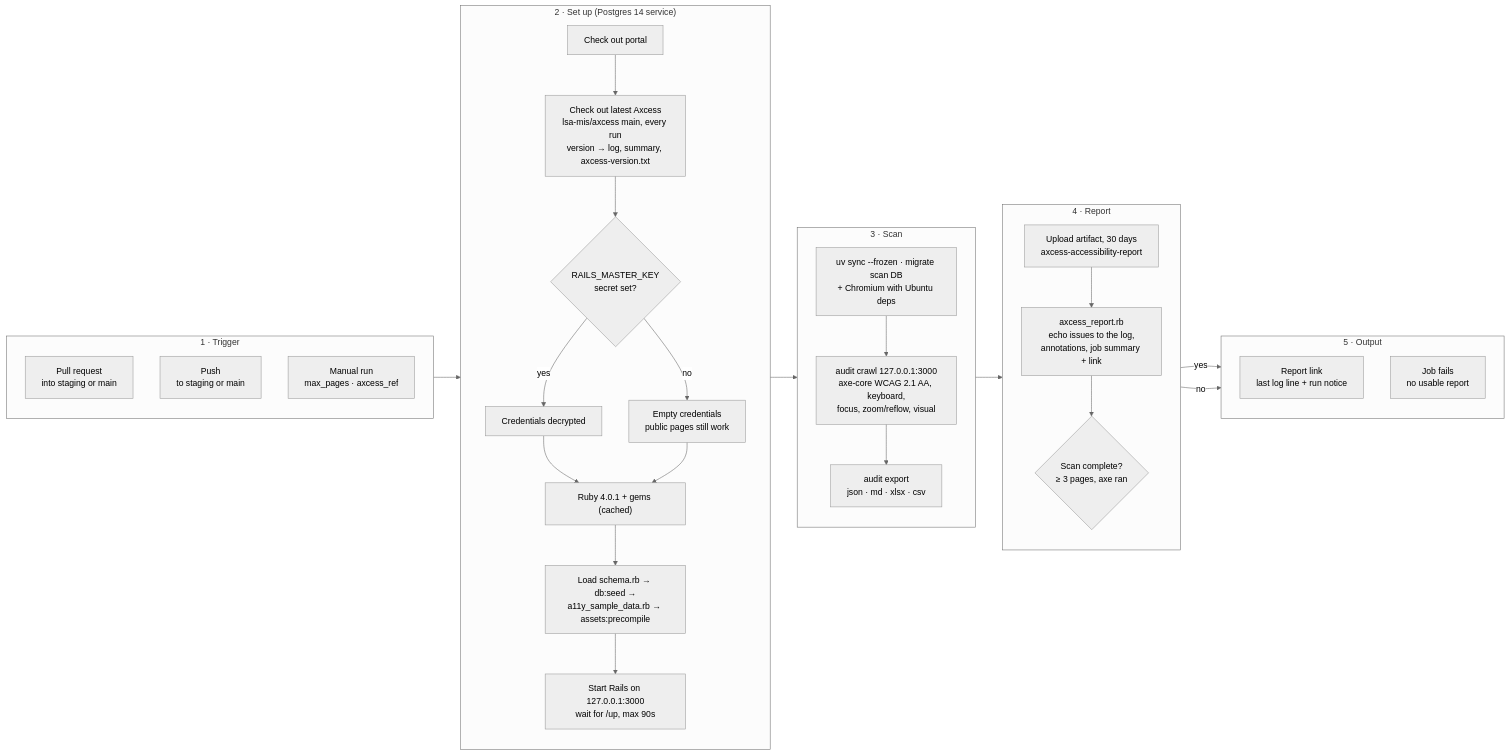
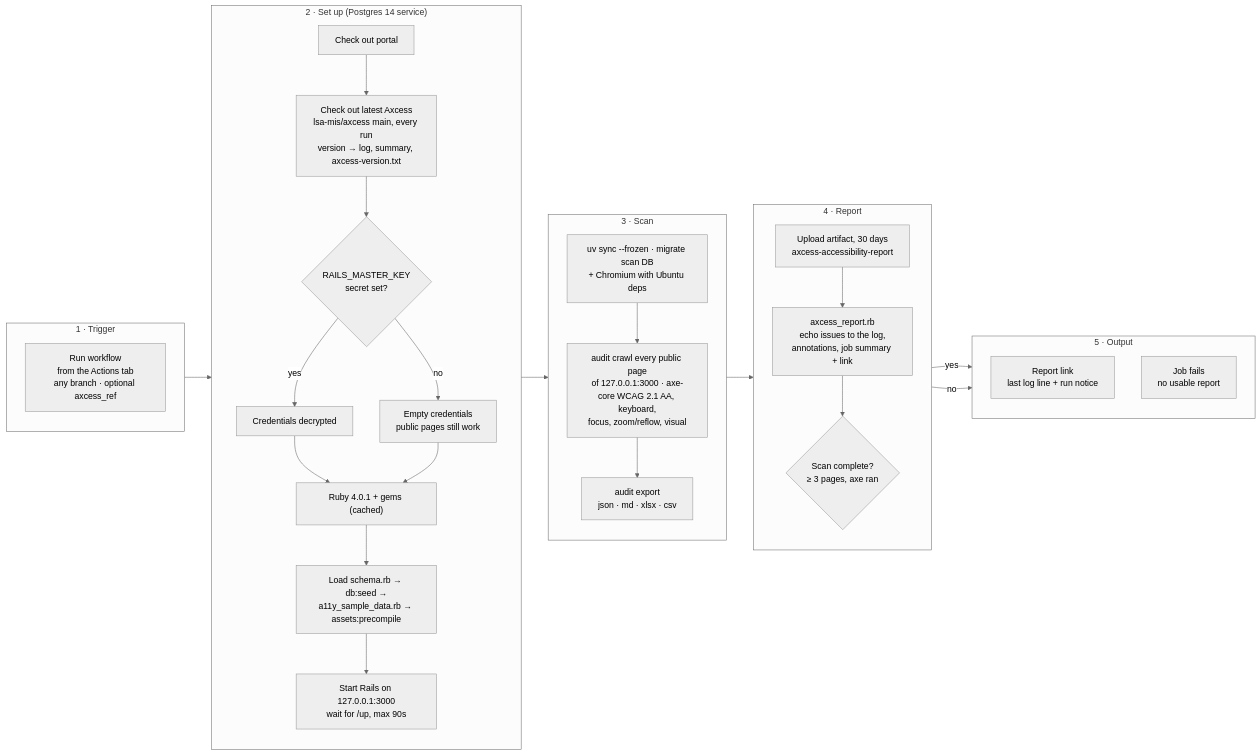
One commit to lsa-mis/biorepository_portal changed the diagram in reports/README.md. Above: the diagram before and after it, drawn with Mermaid (neutral theme). The commit also changed other lines of this file and 1 other file, not shown here.

First line of the commit message:
Run the accessibility report on demand and scan every public page

````diff
--- a/reports/README.md
+++ b/reports/README.md
@@ -18,53 +18,51 @@
 ```mermaid
 flowchart LR
   subgraph trigger["1 · Trigger"]
     direction TB
-    pr["Pull request<br/>into staging or main"]
-    push["Push<br/>to staging or main"]
-    manual["Manual run<br/>max_pages · axcess_ref"]
+    manual["Run workflow<br/>from the Actions tab<br/>any branch · optional axcess_ref"]
   end
 
   subgraph setup["2 · Set up (Postgres 14 service)"]
     direction TB
     co_app["Check out portal"]
     co_axcess["Check out latest Axcess<br/>lsa-mis/axcess main, every run<br/>version → log, summary, axcess-version.txt"]
     key{"RAILS_MASTER_KEY<br/>secret set?"}
     key_yes["Credentials decrypted"]
     key_no["Empty credentials<br/>public pages still work"]
     ruby["Ruby 4.0.1 + gems (cached)"]
     db["Load schema.rb → db:seed →<br/>a11y_sample_data.rb → assets:precompile"]
     rails["Start Rails on 127.0.0.1:3000<br/>wait for /up, max 90s"]
     co_app --> co_axcess --> key
     key -- yes --> key_yes --> ruby
     key -- no --> key_no --> ruby
     ruby --> db --> rails
   end
 
   subgraph scan["3 · Scan"]
     direction TB
     install["uv sync --frozen · migrate scan DB<br/>+ Chromium with Ubuntu deps"]
-    crawl["audit crawl 127.0.0.1:3000<br/>axe-core WCAG 2.1 AA, keyboard,<br/>focus, zoom/reflow, visual"]
+    crawl["audit crawl every public page<br/>of 127.0.0.1:3000 · axe-core WCAG 2.1 AA, keyboard,<br/>focus, zoom/reflow, visual"]
     export["audit export<br/>json · md · xlsx · csv"]
     install --> crawl --> export
   end
 
   subgraph report["4 · Report"]
     direction TB
     upload["Upload artifact, 30 days<br/>axcess-accessibility-report"]
     summarize["axcess_report.rb<br/>echo issues to the log,<br/>annotations, job summary + link"]
     guard{"Scan complete?<br/>≥ 3 pages, axe ran"}
     upload --> summarize --> guard
   end
 
   subgraph outputs["5 · Output"]
     direction TB
     link["Report link<br/>last log line + run notice"]
     broken["Job fails<br/>no usable report"]
   end
 
   trigger --> co_app
   rails --> install
   export --> upload
   guard -- yes --> link
   guard -- no --> broken
 ```
````
